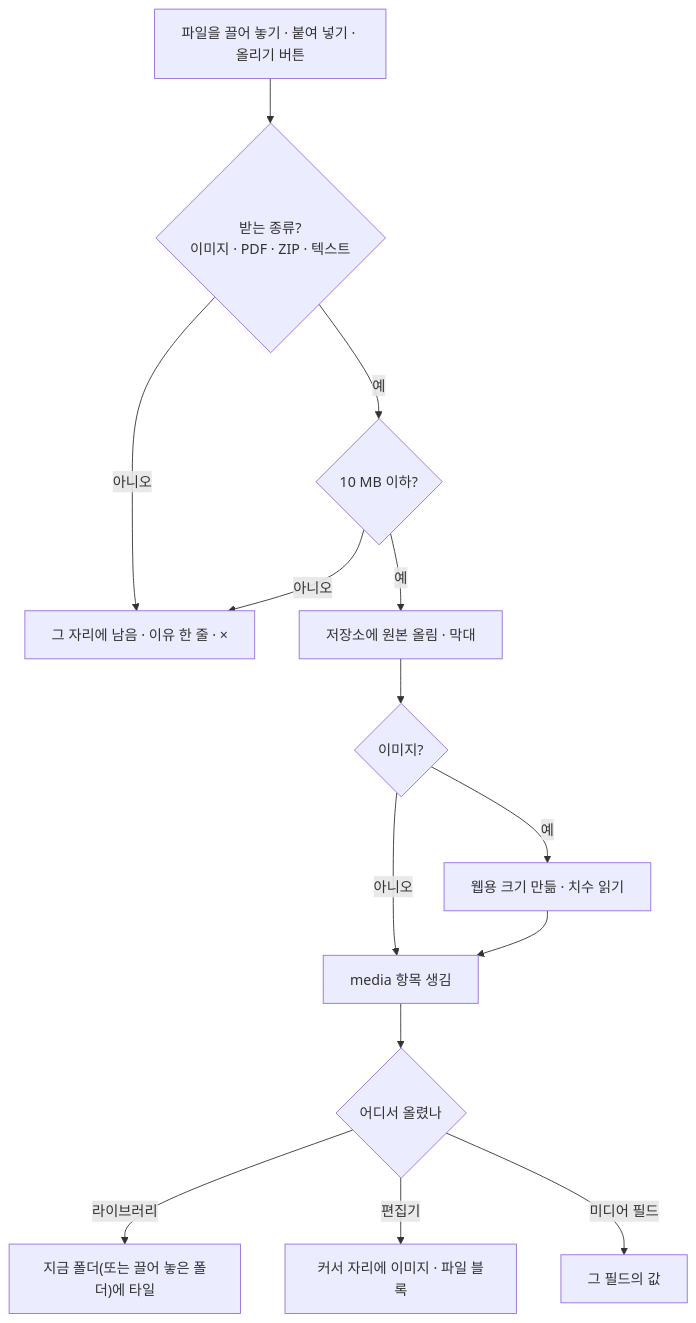
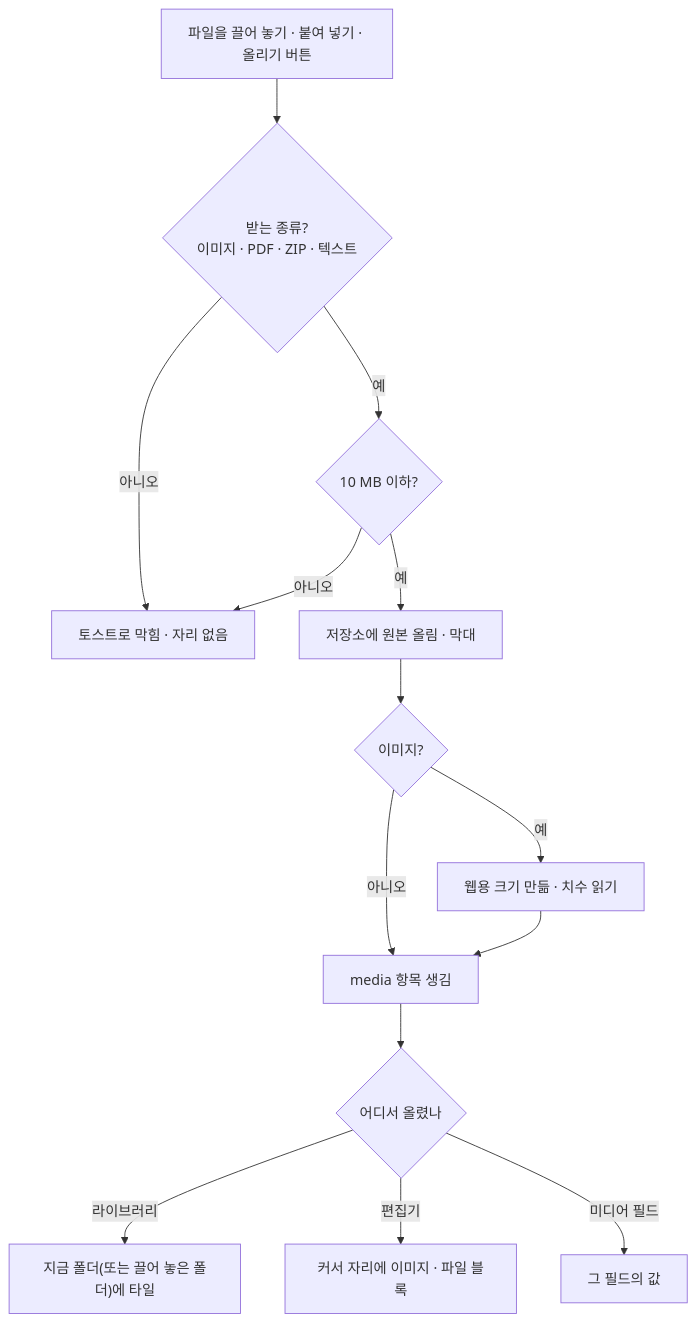
The second of 3 diagrams in docs/design/features/09-media.md (monti-cms/monti), drawn with Mermaid before and after one commit. The commit also changed other lines of this file and 29 other files, not shown here.

````diff
--- a/docs/design/features/09-media.md
+++ b/docs/design/features/09-media.md
@@ -77,16 +77,16 @@
 ```mermaid
 flowchart TD
   F["파일을 끌어 놓기 · 붙여 넣기 · 올리기 버튼"] --> T{"받는 종류?<br/>이미지 · PDF · ZIP · 텍스트"}
-  T -->|아니오| R1["그 자리에 남음 · 이유 한 줄 · ×"]
+  T -->|아니오| R1["토스트로 막힘 · 자리 없음"]
   T -->|예| S{"10 MB 이하?"}
   S -->|아니오| R1
   S -->|예| U["저장소에 원본 올림 · 막대"]
   U --> W{"이미지?"}
   W -->|예| WEB["웹용 크기 만듦 · 치수 읽기"]
   W -->|아니오| M
   WEB --> M["media 항목 생김"]
   M --> WHERE{"어디서 올렸나"}
   WHERE -->|라이브러리| L["지금 폴더(또는 끌어 놓은 폴더)에 타일"]
   WHERE -->|편집기| E["커서 자리에 이미지 · 파일 블록"]
   WHERE -->|미디어 필드| P["그 필드의 값"]
 ```
````
